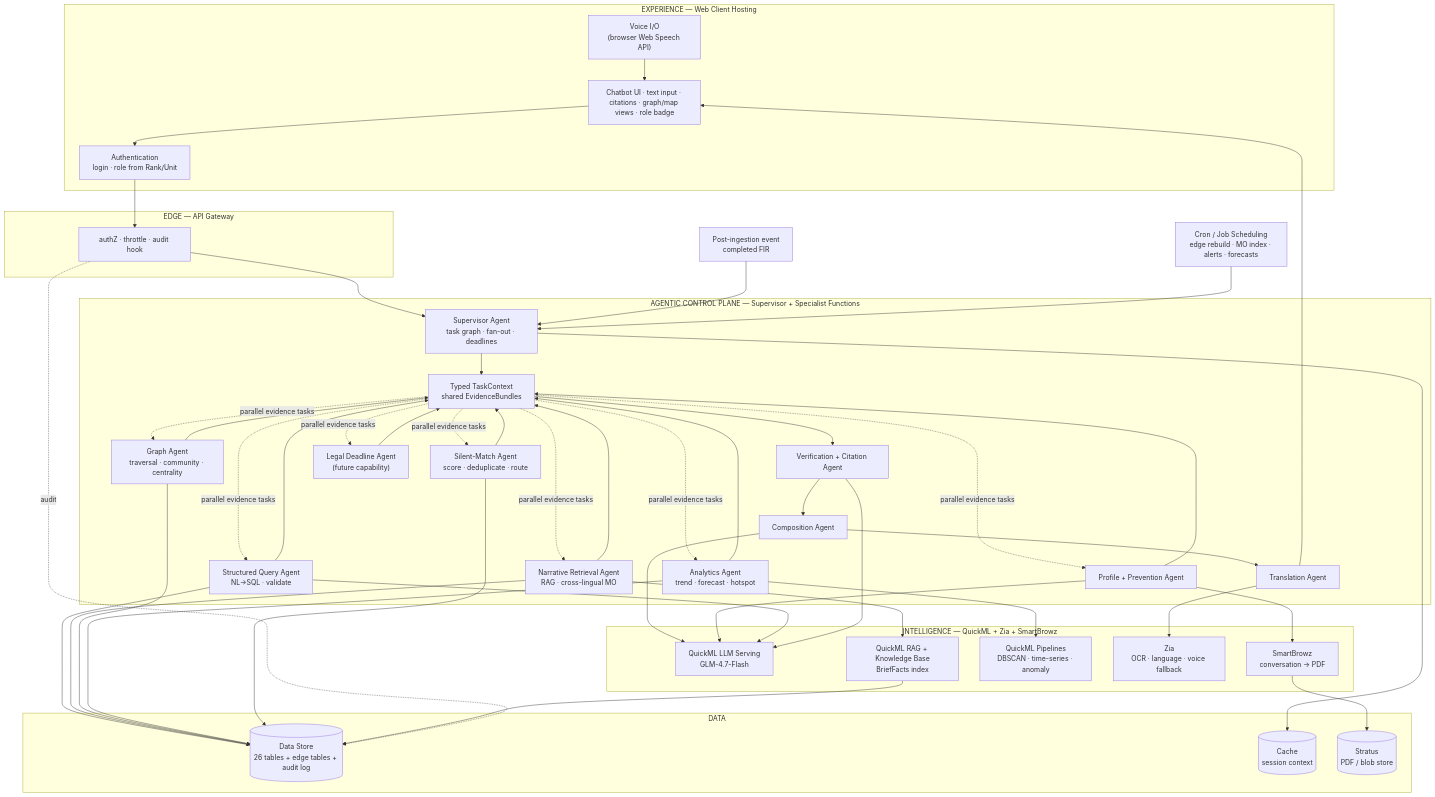
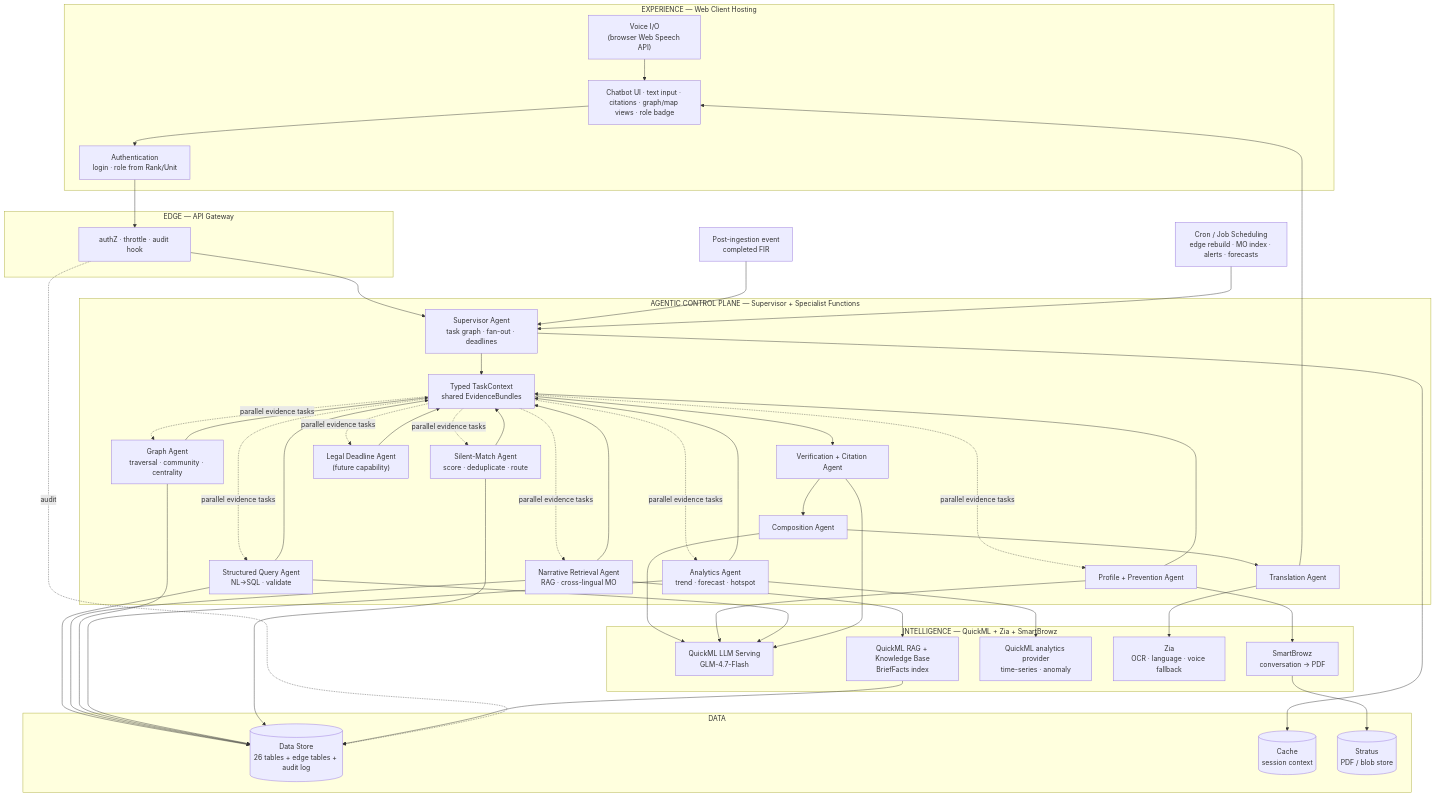
The first of 8 diagrams in PLAN.md (SHYAMSUNDAR2396/ksp-crime-copilot), drawn with Mermaid before and after one commit. The commit also changed other lines of this file and 1 other file, not shown here.

Commit message:
docs: clarify analytics provider boundary

````diff
--- a/PLAN.md
+++ b/PLAN.md
@@ -25,69 +25,69 @@
 ```mermaid
 flowchart TB
   subgraph EXP["EXPERIENCE — Web Client Hosting"]
     UI["Chatbot UI · text input · citations · graph/map views · role badge"]
     VOICE["Voice I/O<br/>(browser Web Speech API)"]
     AUTHN["Authentication<br/>login · role from Rank/Unit"]
   end
 
   subgraph EDGE["EDGE — API Gateway"]
     GW["authZ · throttle · audit hook"]
   end
 
   subgraph LOGIC["AGENTIC CONTROL PLANE — Supervisor + Specialist Functions"]
     SUP["Supervisor Agent<br/>task graph · fan-out · deadlines"]
     CTX["Typed TaskContext<br/>shared EvidenceBundles"]
     FQ["Structured Query Agent<br/>NL→SQL · validate"]
     FR["Narrative Retrieval Agent<br/>RAG · cross-lingual MO"]
     FG["Graph Agent<br/>traversal · community · centrality"]
     FA["Analytics Agent<br/>trend · forecast · hotspot"]
     FS["Silent-Match Agent<br/>score · deduplicate · route"]
     FV["Verification + Citation Agent"]
     FC["Composition Agent"]
     FT["Translation Agent"]
     FP["Profile + Prevention Agent"]
     FL["Legal Deadline Agent<br/>(future capability)"]
   end
 
   subgraph AI["INTELLIGENCE — QuickML + Zia + SmartBrowz"]
     LLM["QuickML LLM Serving<br/>GLM-4.7-Flash"]
     RAG["QuickML RAG + Knowledge Base<br/>BriefFacts index"]
-    PIPE["QuickML Pipelines<br/>DBSCAN · time-series · anomaly"]
+    QAN["QuickML analytics provider<br/>time-series · anomaly"]
     ZIA["Zia<br/>OCR · language · voice fallback"]
     PDF["SmartBrowz<br/>conversation → PDF"]
   end
 
   subgraph DATA["DATA"]
     DS[("Data Store<br/>26 tables + edge tables + audit log")]
     CA[("Cache<br/>session context")]
     ST[("Stratus<br/>PDF / blob store")]
   end
 
   CRON["Cron / Job Scheduling<br/>edge rebuild · MO index · alerts · forecasts"]
   EVENT["Post-ingestion event<br/>completed FIR"]
 
   VOICE --> UI
   UI --> AUTHN --> GW --> SUP
   EVENT --> SUP
   SUP --> CTX
   CTX -. parallel evidence tasks .-> FQ & FR & FG & FA & FS & FP & FL
   FQ & FR & FG & FA & FS & FP & FL --> CTX
   CTX --> FV --> FC --> FT --> UI
   FQ --> DS
   FR --> RAG
   FR --> DS
   FG --> DS
-  FA --> PIPE
+  FA --> QAN
   FA --> DS
   FS --> DS
   FT --> ZIA
   FC --> LLM
   FP --> LLM
   FQ --> LLM
   FV --> LLM
   RAG --> DS
   FP --> PDF --> ST
   SUP --> CA
   GW -. audit .-> DS
   CRON --> SUP
 ```
````
